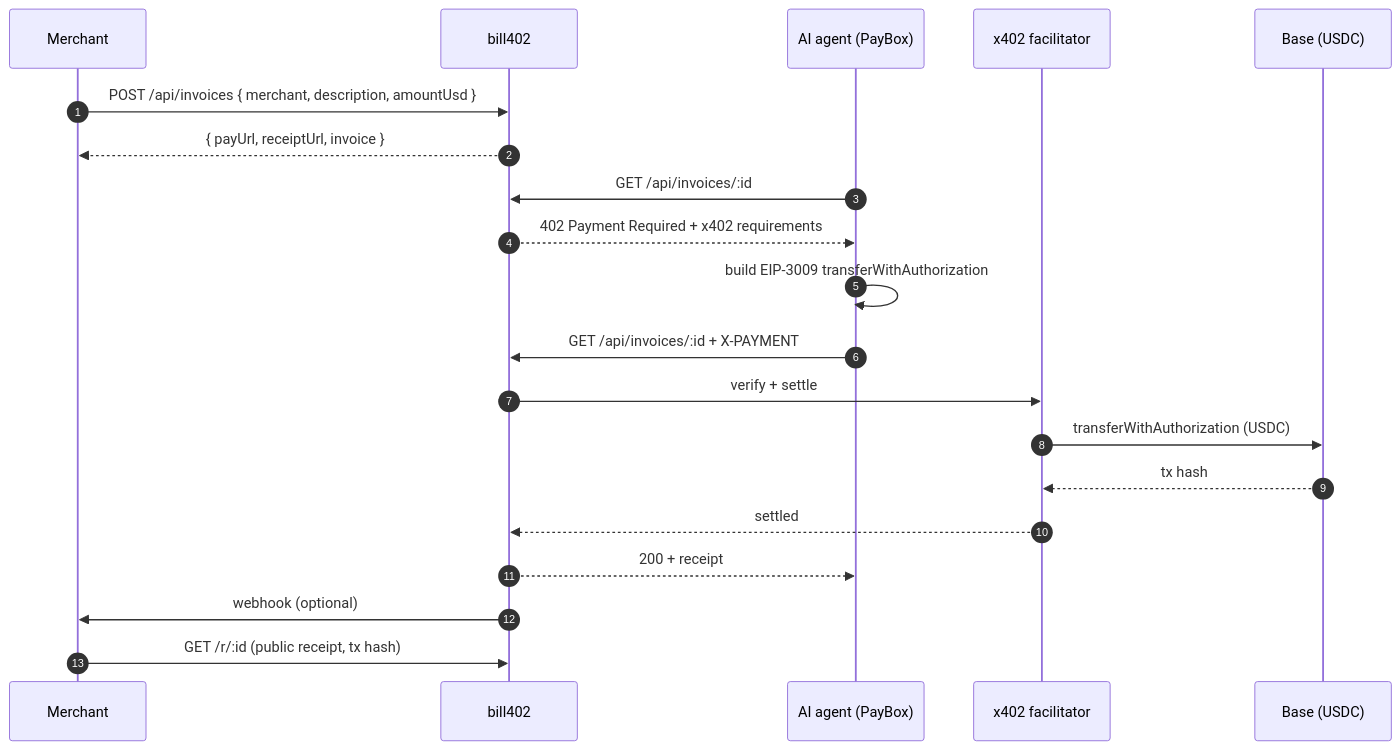
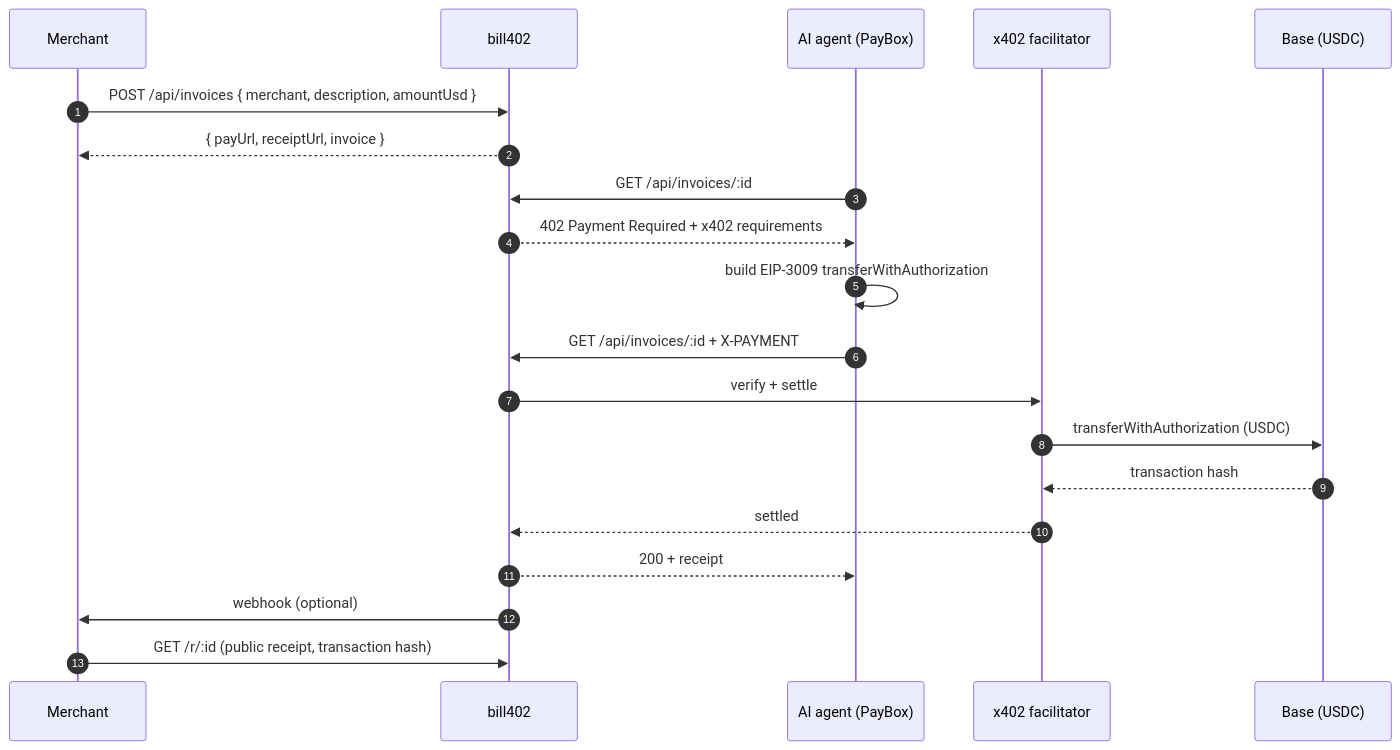
Before and after one commit to thesithunyein/bill402: the second of 2 diagrams in README.md, drawn with Mermaid. The commit also changed other lines of this file and 15 other files, not shown here.

````diff
--- a/README.md
+++ b/README.md
@@ -78,24 +90,24 @@
 ```mermaid
 sequenceDiagram
   autonumber
   participant Merchant
   participant Bill as bill402
   participant Agent as AI agent (PayBox)
   participant Fac as x402 facilitator
   participant Chain as Base (USDC)
 
   Merchant->>Bill: POST /api/invoices { merchant, description, amountUsd }
   Bill-->>Merchant: { payUrl, receiptUrl, invoice }
 
   Agent->>Bill: GET /api/invoices/:id
   Bill-->>Agent: 402 Payment Required + x402 requirements
   Agent->>Agent: build EIP-3009 transferWithAuthorization
   Agent->>Bill: GET /api/invoices/:id + X-PAYMENT
   Bill->>Fac: verify + settle
   Fac->>Chain: transferWithAuthorization (USDC)
-  Chain-->>Fac: tx hash
+  Chain-->>Fac: transaction hash
   Fac-->>Bill: settled
   Bill-->>Agent: 200 + receipt
   Bill->>Merchant: webhook (optional)
-  Merchant->>Bill: GET /r/:id (public receipt, tx hash)
+  Merchant->>Bill: GET /r/:id (public receipt, transaction hash)
 ```
````
